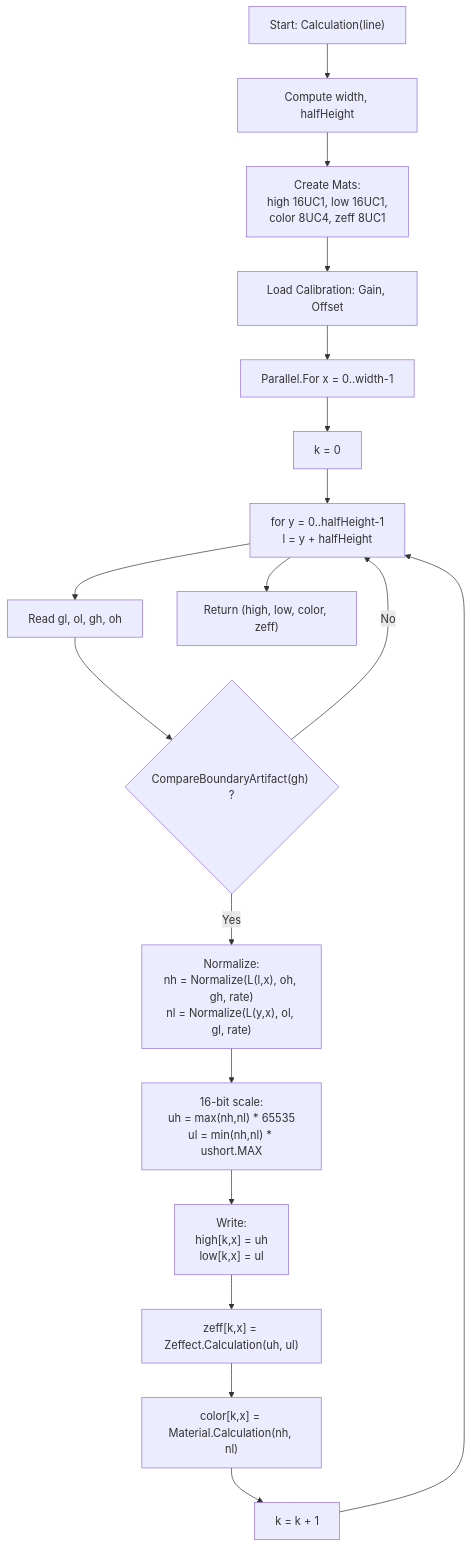
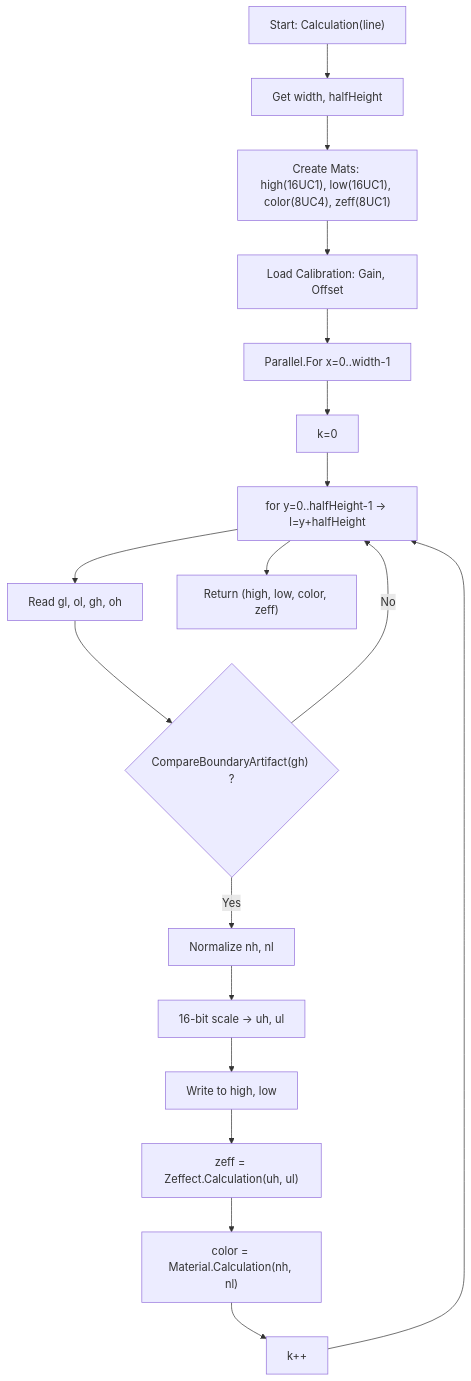
The second of 3 diagrams in README.md (MZ-Prj/MZ.Xray.Prism), drawn with Mermaid before and after one commit. The commit also changed other lines of this file, not shown here.

````diff
--- a/README.md
+++ b/README.md
@@ -117,20 +122,21 @@
 ```mermaid
 graph TD
-    A["Start: Calculation(line)"] --> B["Compute width, halfHeight"]
-    B --> C["Create Mats:<br/>high 16UC1, low 16UC1,<br/>color 8UC4, zeff 8UC1"]
+    A["Start: Calculation(line)"] --> B["Get width, halfHeight"]
+    B --> C["Create Mats: high(16UC1), low(16UC1), color(8UC4), zeff(8UC1)"]
     C --> D["Load Calibration: Gain, Offset"]
-    D --> E["Parallel.For x = 0..width-1"]
-    E --> F["k = 0"]
-    F --> G["for y = 0..halfHeight-1<br/>l = y + halfHeight"]
+    D --> E["Parallel.For x=0..width-1"]
+    E --> F["k=0"]
+    F --> G["for y=0..halfHeight-1 → l=y+halfHeight"]
     G --> H["Read gl, ol, gh, oh"]
     H --> I{"CompareBoundaryArtifact(gh) ?"}
     I -- "No" --> G
-    I -- "Yes" --> J["Normalize:<br/>nh = Normalize(L(l,x), oh, gh, rate)<br/>nl = Normalize(L(y,x), ol, gl, rate)"]
-    J --> K["16-bit scale:<br/>uh = max(nh,nl) * 65535<br/>ul = min(nh,nl) * ushort.MAX"]
-    K --> L["Write:<br/>high[k,x] = uh<br/>low[k,x] = ul"]
-    L --> M["zeff[k,x] = Zeffect.Calculation(uh, ul)"]
-    M --> N["color[k,x] = Material.Calculation(nh, nl)"]
-    N --> O["k = k + 1"]
+    I -- "Yes" --> J["Normalize nh, nl"]
+    J --> K["16-bit scale → uh, ul"]
+    K --> L["Write to high, low"]
+    L --> M["zeff = Zeffect.Calculation(uh, ul)"]
+    M --> N["color = Material.Calculation(nh, nl)"]
+    N --> O["k++"]
     O --> G
     G --> P["Return (high, low, color, zeff)"]
+
 ```
````
